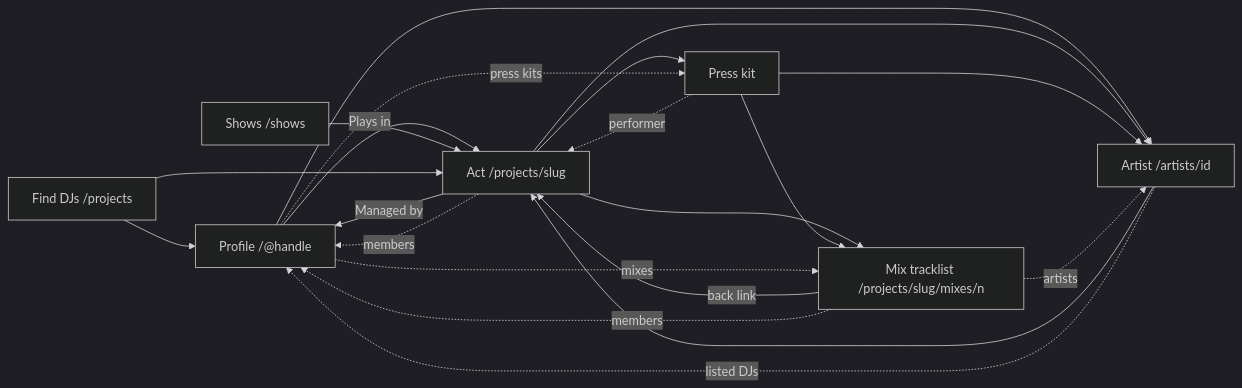
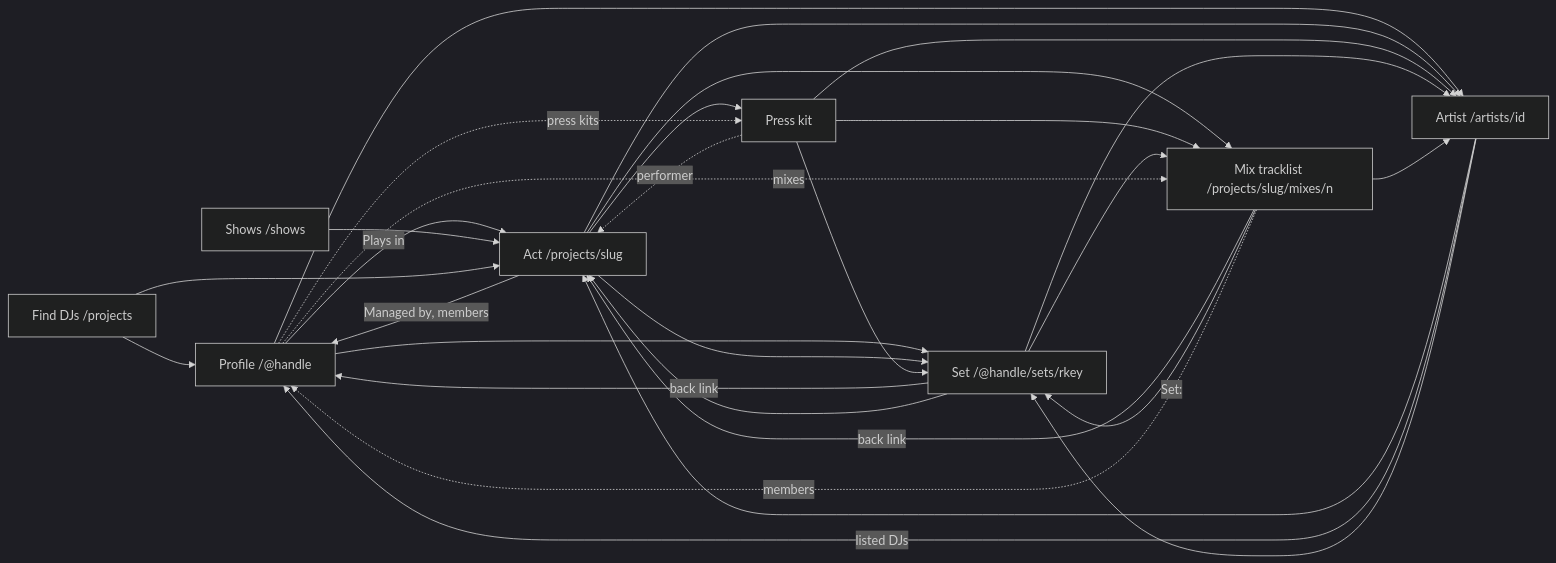
The second of 2 diagrams in docs/link-matrix.md (cutenode/localnetwork), drawn with Mermaid (dark theme) before and after one commit. The commit also changed other lines of this file and 24 other files, not shown here.

First line of the commit message:
feat(web): link sets, plays and handles to their pages across the site

````diff
--- a/docs/link-matrix.md
+++ b/docs/link-matrix.md
@@ -238,31 +238,40 @@
 ```mermaid
 flowchart LR
     profile["Profile /@handle"]
     act["Act /projects/slug"]
     kit["Press kit"]
+    set["Set /@handle/sets/rkey"]
     mix["Mix tracklist /projects/slug/mixes/n"]
     shows["Shows /shows"]
     artist["Artist /artists/id"]
     find["Find DJs /projects"]
 
     profile -->|"Plays in"| act
+    profile --> set
     profile --> artist
-    act -->|"Managed by"| profile
+    act -->|"Managed by, members"| profile
     act --> kit
+    act --> set
     act --> mix
     act --> artist
+    kit --> set
     kit --> mix
     kit --> artist
+    set -->|"back link"| profile
+    set --> mix
+    set --> act
+    set --> artist
     mix -->|"back link"| act
+    mix -->|"Set:"| set
+    mix --> artist
     shows --> act
     artist --> act
+    artist -->|"listed DJs"| profile
+    artist --> set
     find --> act
     find --> profile
-    act -.->|"members"| profile
     profile -.->|"mixes"| mix
     profile -.->|"press kits"| kit
     kit -.->|"performer"| act
-    mix -.->|"artists"| artist
     mix -.->|"members"| profile
-    artist -.->|"listed DJs"| profile
 ```
````
